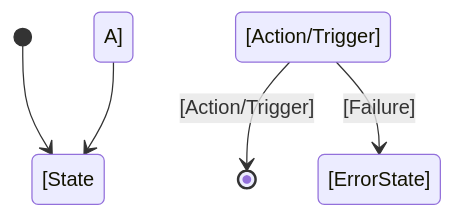
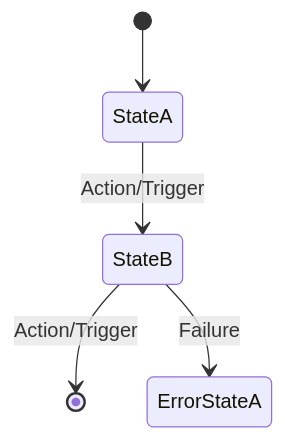
The diagram in EXAMPLES/docs/RFD/04_logic.md (joelabreurojas/ssot), drawn with Mermaid before and after one commit. The commit also changed 7 other files, not shown here.

````diff
--- a/EXAMPLES/docs/RFD/04_logic.md
+++ b/EXAMPLES/docs/RFD/04_logic.md
@@ -65,7 +65,7 @@
 ```mermaid
 stateDiagram-v2
-    [*] --> [State A]
-    [State A] --> [State B] : [Action/Trigger]
-    [State B] --> [*] : [Action/Trigger]
-    [State B] --> [ErrorState] : [Failure]
+    [*] --> StateA
+    StateA --> StateB : Action/Trigger
+    StateB --> [*] : Action/Trigger
+    StateB --> ErrorStateA : Failure
 ```
````
